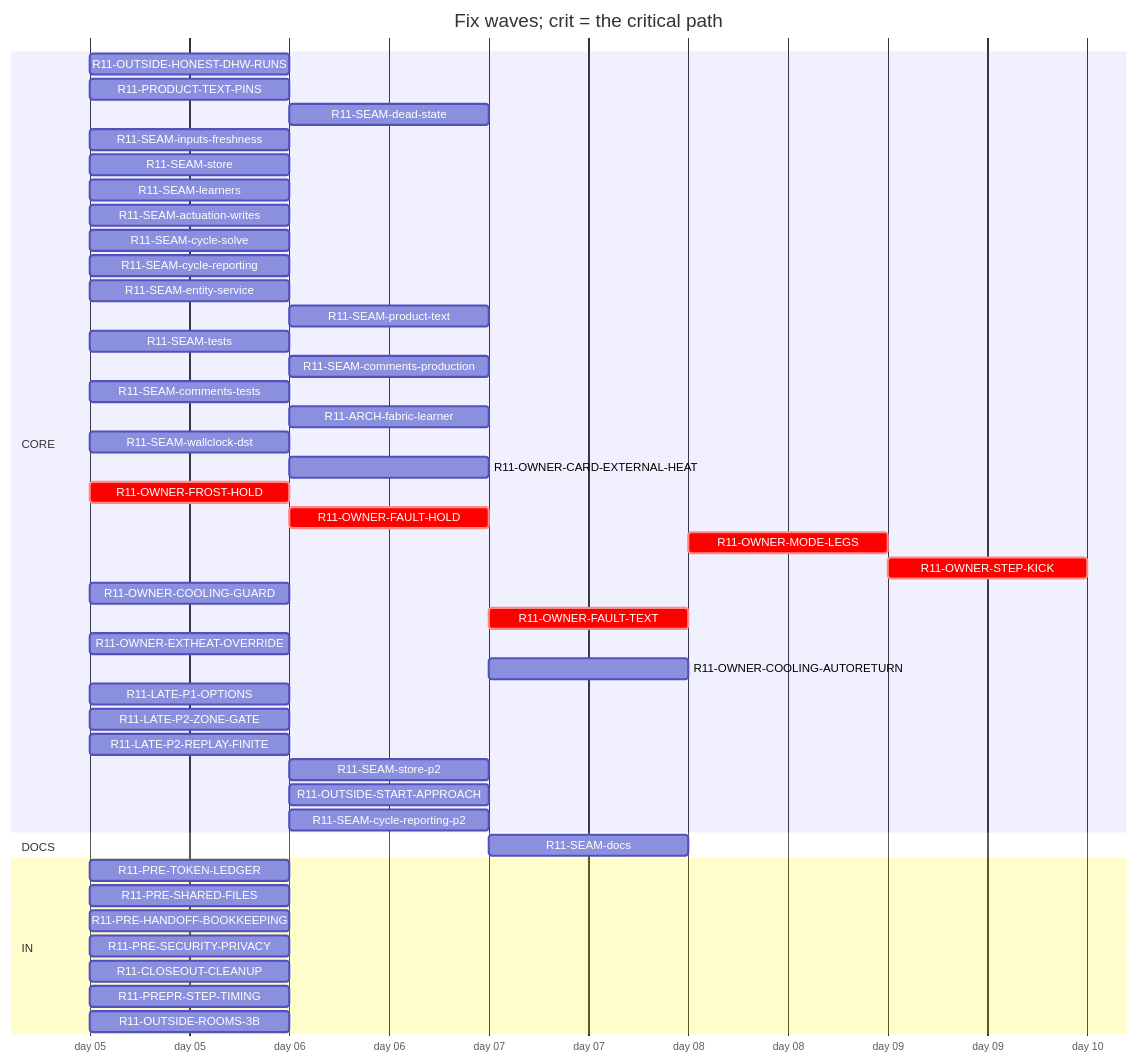
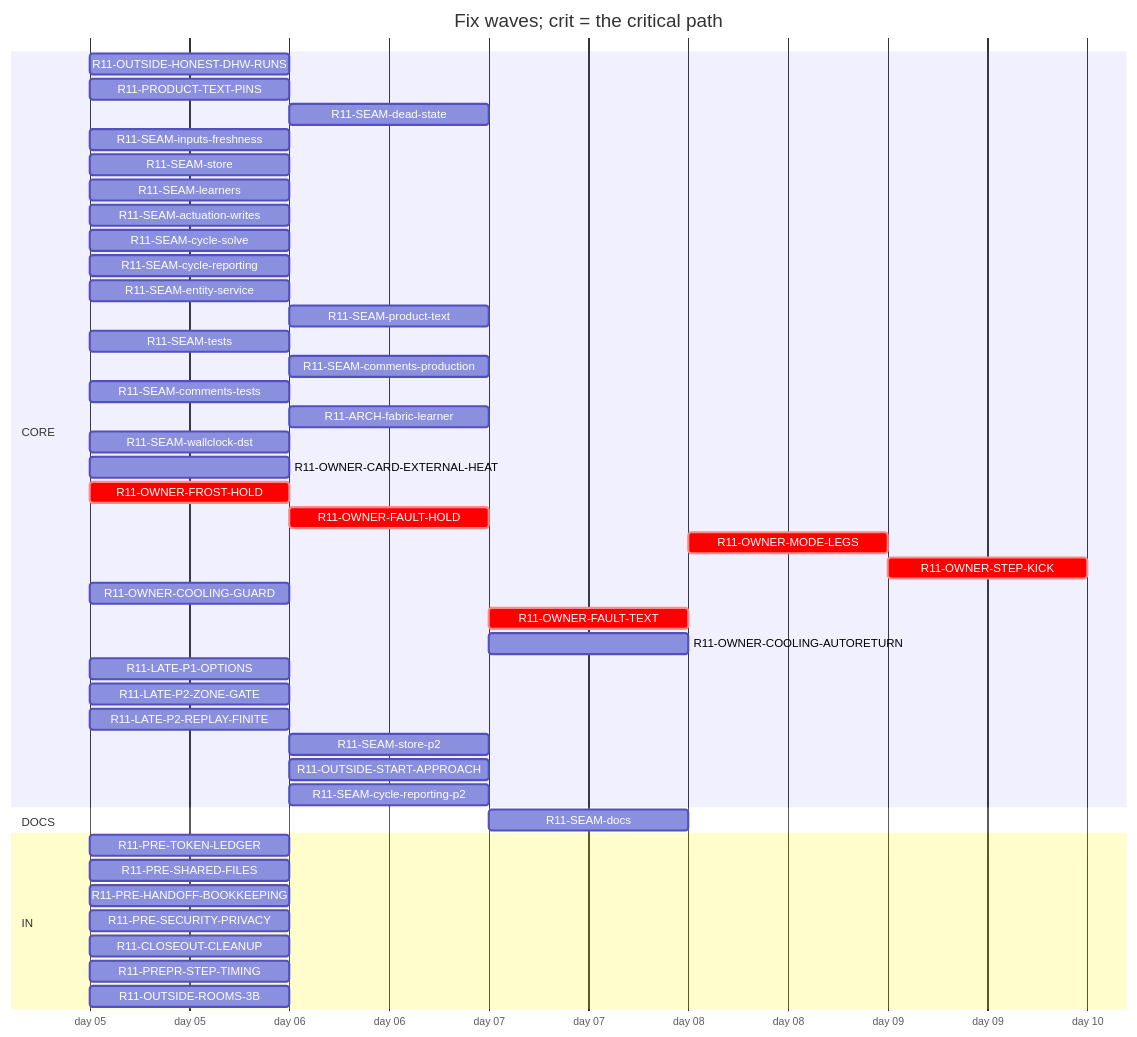
The diagram in handoff/round11/state/PLAN-TABLE.md (tvofi/heatpump_optimizer), drawn with Mermaid before and after one commit. The commit also changed other lines of this file and 3 other files, not shown here.

Commit message:
state: FLOW-BOARD.md, NEXT-SESSION-PROMPT.md, PLAN-TABLE.md, RESUME-CURRENT.md regenerated (state_docs.py)

````diff
--- a/handoff/round11/state/PLAN-TABLE.md
+++ b/handoff/round11/state/PLAN-TABLE.md
@@ -16,48 +16,47 @@
 ```mermaid
 gantt
   title Fix waves; crit = the critical path
   dateFormat YYYY-MM-DD
   axisFormat day %d
   section CORE
     R11-OUTSIDE-HONEST-DHW-RUNS :r11OUTSIDEHONESTDHWRUNS, 2026-01-05, 1d
     R11-PRODUCT-TEXT-PINS :r11PRODUCTTEXTPINS, 2026-01-05, 1d
     R11-SEAM-dead-state :r11SEAMdeadstate, after r11SEAMstore, 1d
     R11-SEAM-inputs-freshness :r11SEAMinputsfreshness, 2026-01-05, 1d
     R11-SEAM-store :r11SEAMstore, 2026-01-05, 1d
     R11-SEAM-learners :r11SEAMlearners, 2026-01-05, 1d
     R11-SEAM-actuation-writes :r11SEAMactuationwrites, 2026-01-05, 1d
     R11-SEAM-cycle-solve :r11SEAMcyclesolve, 2026-01-05, 1d
     R11-SEAM-cycle-reporting :r11SEAMcyclereporting, 2026-01-05, 1d
     R11-SEAM-entity-service :r11SEAMentityservice, 2026-01-05, 1d
     R11-SEAM-product-text :r11SEAMproducttext, after r11SEAMactuationwrites r11SEAMentityservice r11SEAMinputsfreshness r11SEAMcyclesolve r11SEAMcyclereporting, 1d
     R11-SEAM-tests :r11SEAMtests, 2026-01-05, 1d
     R11-SEAM-comments-production :r11SEAMcommentsproduction, after r11SEAMactuationwrites r11SEAMentityservice r11SEAMinputsfreshness r11SEAMcyclesolve r11SEAMcyclereporting, 1d
     R11-SEAM-comments-tests :r11SEAMcommentstests, 2026-01-05, 1d
     R11-ARCH-fabric-learner :r11ARCHfabriclearner, after r11SEAMlearners, 1d
     R11-SEAM-wallclock-dst :r11SEAMwallclockdst, 2026-01-05, 1d
-    R11-OWNER-CARD-EXTERNAL-HEAT :r11OWNERCARDEXTERNALHEAT, after r11OWNEREXTHEATOVERRIDE, 1d
+    R11-OWNER-CARD-EXTERNAL-HEAT :r11OWNERCARDEXTERNALHEAT, 2026-01-05, 1d
     R11-OWNER-FROST-HOLD :crit, r11OWNERFROSTHOLD, 2026-01-05, 1d
     R11-OWNER-FAULT-HOLD :crit, r11OWNERFAULTHOLD, after r11OWNERFROSTHOLD, 1d
     R11-OWNER-MODE-LEGS :crit, r11OWNERMODELEGS, after r11OWNERFAULTTEXT, 1d
     R11-OWNER-STEP-KICK :crit, r11OWNERSTEPKICK, after r11OWNERMODELEGS, 1d
     R11-OWNER-COOLING-GUARD :r11OWNERCOOLINGGUARD, 2026-01-05, 1d
     R11-OWNER-FAULT-TEXT :crit, r11OWNERFAULTTEXT, after r11OWNERFAULTHOLD, 1d
-    R11-OWNER-EXTHEAT-OVERRIDE :r11OWNEREXTHEATOVERRIDE, 2026-01-05, 1d
     R11-OWNER-COOLING-AUTORETURN :r11OWNERCOOLINGAUTORETURN, after r11OWNERCOOLINGGUARD r11OWNERFAULTHOLD, 1d
     R11-LATE-P1-OPTIONS :r11LATEP1OPTIONS, 2026-01-05, 1d
     R11-LATE-P2-ZONE-GATE :r11LATEP2ZONEGATE, 2026-01-05, 1d
     R11-LATE-P2-REPLAY-FINITE :r11LATEP2REPLAYFINITE, 2026-01-05, 1d
     R11-SEAM-store-p2 :r11SEAMstorep2, after r11SEAMstore, 1d
     R11-OUTSIDE-START-APPROACH :r11OUTSIDESTARTAPPROACH, after r11OUTSIDEHONESTDHWRUNS r11SEAMlearners, 1d
     R11-SEAM-cycle-reporting-p2 :r11SEAMcyclereportingp2, after r11SEAMcyclereporting, 1d
   section DOCS
     R11-SEAM-docs :r11SEAMdocs, after r11SEAMlearners r11SEAMactuationwrites r11SEAMentityservice r11SEAMinputsfreshness r11SEAMcyclesolve r11SEAMcyclereporting r11SEAMproducttext, 1d
   section IN
     R11-PRE-TOKEN-LEDGER :r11PRETOKENLEDGER, 2026-01-05, 1d
     R11-PRE-SHARED-FILES :r11PRESHAREDFILES, 2026-01-05, 1d
     R11-PRE-HANDOFF-BOOKKEEPING :r11PREHANDOFFBOOKKEEPING, 2026-01-05, 1d
     R11-PRE-SECURITY-PRIVACY :r11PRESECURITYPRIVACY, 2026-01-05, 1d
     R11-CLOSEOUT-CLEANUP :r11CLOSEOUTCLEANUP, 2026-01-05, 1d
     R11-PREPR-STEP-TIMING :r11PREPRSTEPTIMING, 2026-01-05, 1d
     R11-OUTSIDE-ROOMS-3B :r11OUTSIDEROOMS3B, 2026-01-05, 1d
 ```
````
